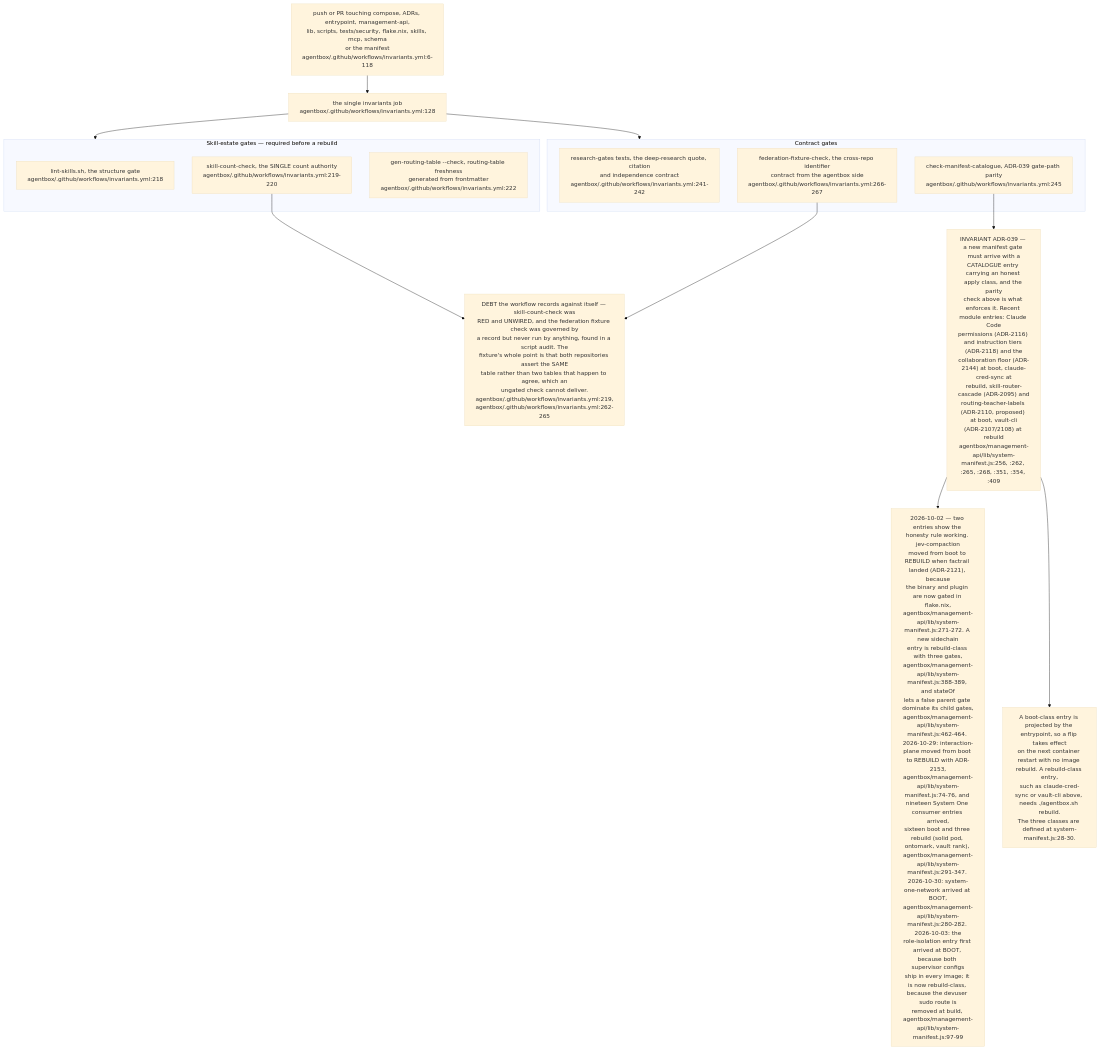
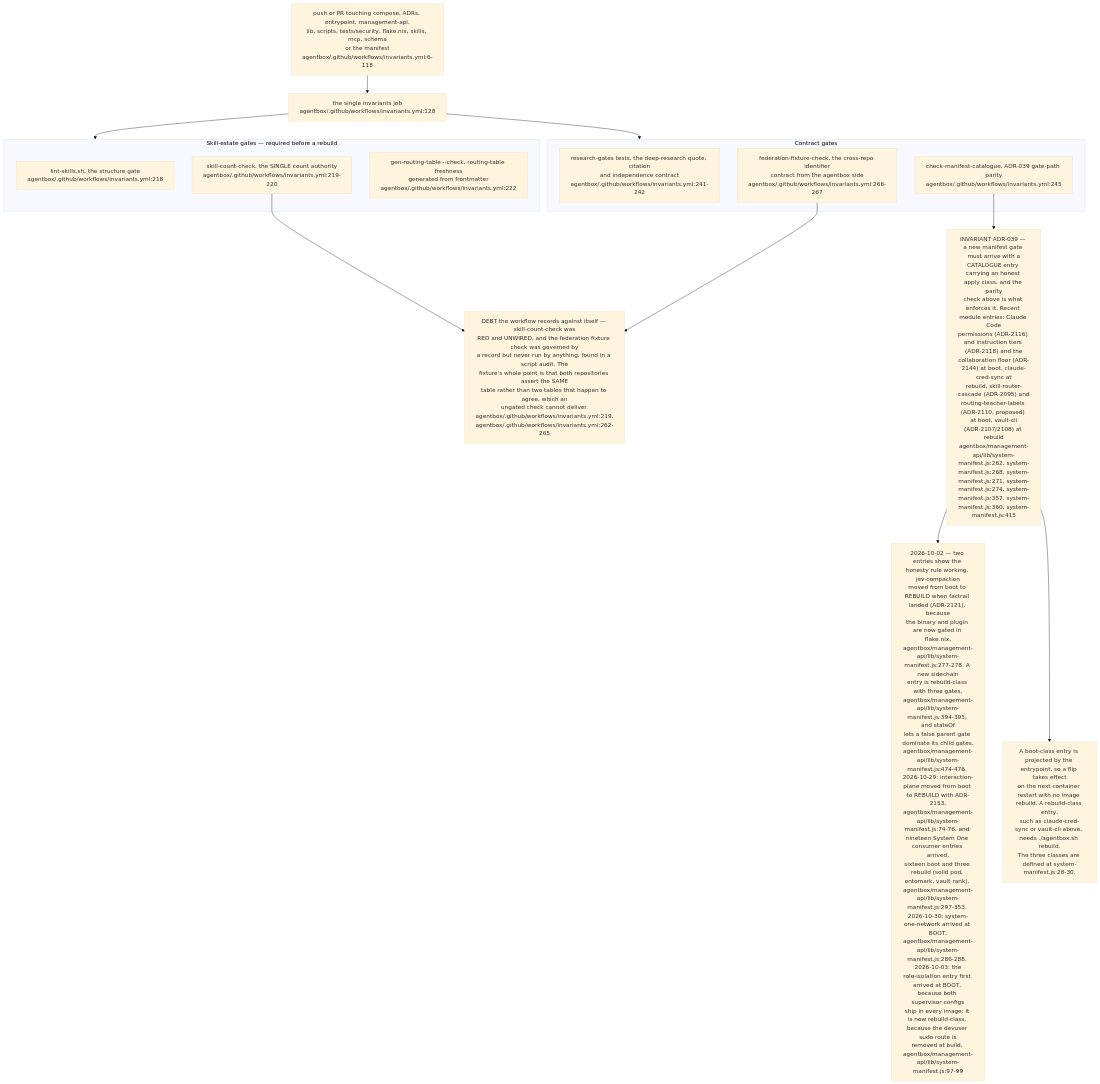
Diagram 22 of 24 in docs/diagrams/estate/09-build-deploy-and-ci-estate.md (DreamLab-AI/VisionFlow), drawn with Mermaid (base theme) before and after one commit. The commit also changed other lines of this file and 5 other files, not shown here.

````diff
--- a/docs/diagrams/estate/09-build-deploy-and-ci-estate.md
+++ b/docs/diagrams/estate/09-build-deploy-and-ci-estate.md
@@ -789,32 +792,32 @@
 ```mermaid
 flowchart TB
     TRIG["push or PR touching compose, ADRs, entrypoint, management-api,<br/>lib, scripts, tests/security, flake.nix, skills, mcp, schema<br/>or the manifest<br/>agentbox/.github/workflows/invariants.yml:6-118"]
     JOB["the single invariants job<br/>agentbox/.github/workflows/invariants.yml:128"]
     TRIG --> JOB
 
     subgraph SKILLS["Skill-estate gates — required before a rebuild"]
         S1["lint-skills.sh, the structure gate<br/>agentbox/.github/workflows/invariants.yml:218"]
         S2["skill-count-check, the SINGLE count authority<br/>agentbox/.github/workflows/invariants.yml:219-220"]
         S3["gen-routing-table --check, routing-table freshness<br/>generated from frontmatter<br/>agentbox/.github/workflows/invariants.yml:222"]
     end
     JOB --> SKILLS
 
     subgraph CONTRACT["Contract gates"]
         C1["research-gates tests, the deep-research quote, citation<br/>and independence contract<br/>agentbox/.github/workflows/invariants.yml:241-242"]
         C2["check-manifest-catalogue, ADR-039 gate-path parity<br/>agentbox/.github/workflows/invariants.yml:245"]
         C3["federation-fixture-check, the cross-repo identifier<br/>contract from the agentbox side<br/>agentbox/.github/workflows/invariants.yml:266-267"]
     end
     JOB --> CONTRACT
 
     DEBT["DEBT the workflow records against itself — skill-count-check was<br/>RED and UNWIRED, and the federation fixture check was governed by<br/>a record but never run by anything, found in a script audit. The<br/>fixture's whole point is that both repositories assert the SAME<br/>table rather than two tables that happen to agree, which an<br/>ungated check cannot deliver.<br/>agentbox/.github/workflows/invariants.yml:219,<br/>agentbox/.github/workflows/invariants.yml:262-265"]
     S2 --> DEBT
     C3 --> DEBT
 
-    CAT["INVARIANT ADR-039 — a new manifest gate must arrive with a<br/>CATALOGUE entry carrying an honest apply class, and the parity<br/>check above is what enforces it. Recent module entries: Claude Code<br/>permissions (ADR-2116) and instruction tiers (ADR-2118) and the<br/>collaboration floor (ADR-2144) at boot, claude-cred-sync at<br/>rebuild, skill-router-cascade (ADR-2095) and<br/>routing-teacher-labels (ADR-2110, proposed) at boot, vault-cli<br/>(ADR-2107/2108) at rebuild<br/>agentbox/management-api/lib/system-manifest.js:256, :262, :265, :268, :351, :354, :409"]
-    HONEST["2026-10-02 — two entries show the honesty rule working. jev-compaction<br/>moved from boot to REBUILD when factrail landed (ADR-2121), because<br/>the binary and plugin are now gated in flake.nix,<br/>agentbox/management-api/lib/system-manifest.js:271-272. A new sidechain<br/>entry is rebuild-class with three gates,<br/>agentbox/management-api/lib/system-manifest.js:388-389, and stateOf<br/>lets a false parent gate dominate its child gates,<br/>agentbox/management-api/lib/system-manifest.js:462-464. 2026-10-29: interaction-plane moved from boot to REBUILD with ADR-2153,<br/>agentbox/management-api/lib/system-manifest.js:74-76, and nineteen System One consumer entries arrived,<br/>sixteen boot and three rebuild (solid pod, ontomark, vault rank), agentbox/management-api/lib/system-manifest.js:291-347. 2026-10-30: system-one-network arrived at BOOT,<br/>agentbox/management-api/lib/system-manifest.js:280-282. 2026-10-03: the<br/>role-isolation entry first arrived at BOOT, because both supervisor configs<br/>ship in every image; it is now rebuild-class, because the devuser sudo route is<br/>removed at build, agentbox/management-api/lib/system-manifest.js:97-99"]
+    CAT["INVARIANT ADR-039 — a new manifest gate must arrive with a<br/>CATALOGUE entry carrying an honest apply class, and the parity<br/>check above is what enforces it. Recent module entries: Claude Code<br/>permissions (ADR-2116) and instruction tiers (ADR-2118) and the<br/>collaboration floor (ADR-2144) at boot, claude-cred-sync at<br/>rebuild, skill-router-cascade (ADR-2095) and<br/>routing-teacher-labels (ADR-2110, proposed) at boot, vault-cli<br/>(ADR-2107/2108) at rebuild<br/>agentbox/management-api/lib/system-manifest.js:262, system-manifest.js:268, system-manifest.js:271, system-manifest.js:274, system-manifest.js:357, system-manifest.js:360, system-manifest.js:415"]
+    HONEST["2026-10-02 — two entries show the honesty rule working. jev-compaction<br/>moved from boot to REBUILD when factrail landed (ADR-2121), because<br/>the binary and plugin are now gated in flake.nix,<br/>agentbox/management-api/lib/system-manifest.js:277-278. A new sidechain<br/>entry is rebuild-class with three gates,<br/>agentbox/management-api/lib/system-manifest.js:394-395, and stateOf<br/>lets a false parent gate dominate its child gates,<br/>agentbox/management-api/lib/system-manifest.js:474-476. 2026-10-29: interaction-plane moved from boot to REBUILD with ADR-2153,<br/>agentbox/management-api/lib/system-manifest.js:74-76, and nineteen System One consumer entries arrived,<br/>sixteen boot and three rebuild (solid pod, ontomark, vault rank), agentbox/management-api/lib/system-manifest.js:297-353. 2026-10-30: system-one-network arrived at BOOT,<br/>agentbox/management-api/lib/system-manifest.js:286-288. 2026-10-03: the<br/>role-isolation entry first arrived at BOOT, because both supervisor configs<br/>ship in every image; it is now rebuild-class, because the devuser sudo route is<br/>removed at build, agentbox/management-api/lib/system-manifest.js:97-99"]
     CAT --> HONEST
     C2 --> CAT
 
     CLASS["A boot-class entry is projected by the entrypoint, so a flip takes effect<br/>on the next container restart with no image rebuild. A rebuild-class entry,<br/>such as claude-cred-sync or vault-cli above, needs ./agentbox.sh rebuild.<br/>The three classes are defined at system-manifest.js:28-30."]
     CAT --> CLASS
 ```
````
